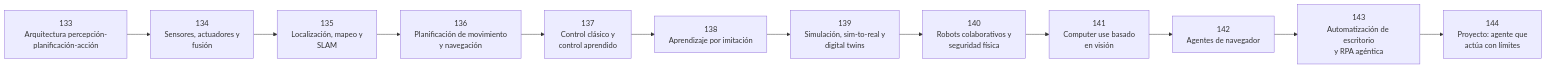
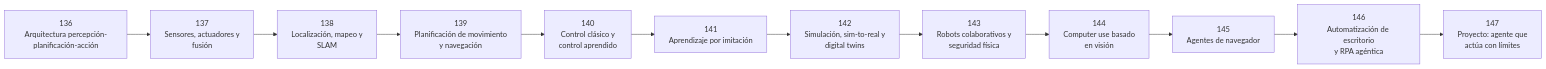
Before and after one commit to vladimiracunadev-create/artificial-intelligence-evolution-program: the diagram in classes/part-11-embodied-ai-robotics-and-computer-use/README.md, drawn with Mermaid. The commit also changed other lines of this file and 1522 other files, not shown here.

````diff
--- a/classes/part-11-embodied-ai-robotics-and-computer-use/README.md
+++ b/classes/part-11-embodied-ai-robotics-and-computer-use/README.md
@@ -11,26 +11,26 @@
 ```mermaid
 flowchart LR
-    L133["133<br/>Arquitectura percepción-planificación-acción"]
-    L134["134<br/>Sensores, actuadores y<br/>fusión"]
-    L135["135<br/>Localización, mapeo y<br/>SLAM"]
-    L136["136<br/>Planificación de movimiento<br/>y navegación"]
-    L137["137<br/>Control clásico y<br/>control aprendido"]
-    L138["138<br/>Aprendizaje por imitación"]
-    L139["139<br/>Simulación, sim-to-real y<br/>digital twins"]
-    L140["140<br/>Robots colaborativos y<br/>seguridad física"]
-    L141["141<br/>Computer use basado<br/>en visión"]
-    L142["142<br/>Agentes de navegador"]
-    L143["143<br/>Automatización de escritorio<br/>y RPA agéntica"]
-    L144["144<br/>Proyecto: agente que<br/>actúa con límites"]
-    L133 --> L134
-    L134 --> L135
-    L135 --> L136
+    L136["136<br/>Arquitectura percepción-planificación-acción"]
+    L137["137<br/>Sensores, actuadores y<br/>fusión"]
+    L138["138<br/>Localización, mapeo y<br/>SLAM"]
+    L139["139<br/>Planificación de movimiento<br/>y navegación"]
+    L140["140<br/>Control clásico y<br/>control aprendido"]
+    L141["141<br/>Aprendizaje por imitación"]
+    L142["142<br/>Simulación, sim-to-real y<br/>digital twins"]
+    L143["143<br/>Robots colaborativos y<br/>seguridad física"]
+    L144["144<br/>Computer use basado<br/>en visión"]
+    L145["145<br/>Agentes de navegador"]
+    L146["146<br/>Automatización de escritorio<br/>y RPA agéntica"]
+    L147["147<br/>Proyecto: agente que<br/>actúa con límites"]
     L136 --> L137
     L137 --> L138
     L138 --> L139
     L139 --> L140
     L140 --> L141
     L141 --> L142
     L142 --> L143
     L143 --> L144
+    L144 --> L145
+    L145 --> L146
+    L146 --> L147
 ```
````
